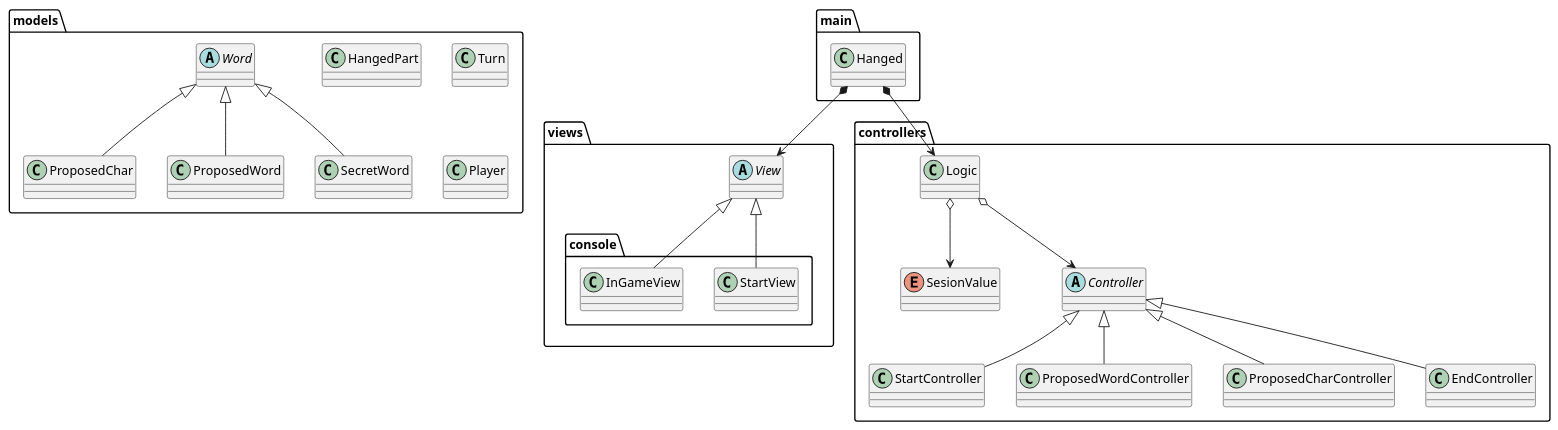
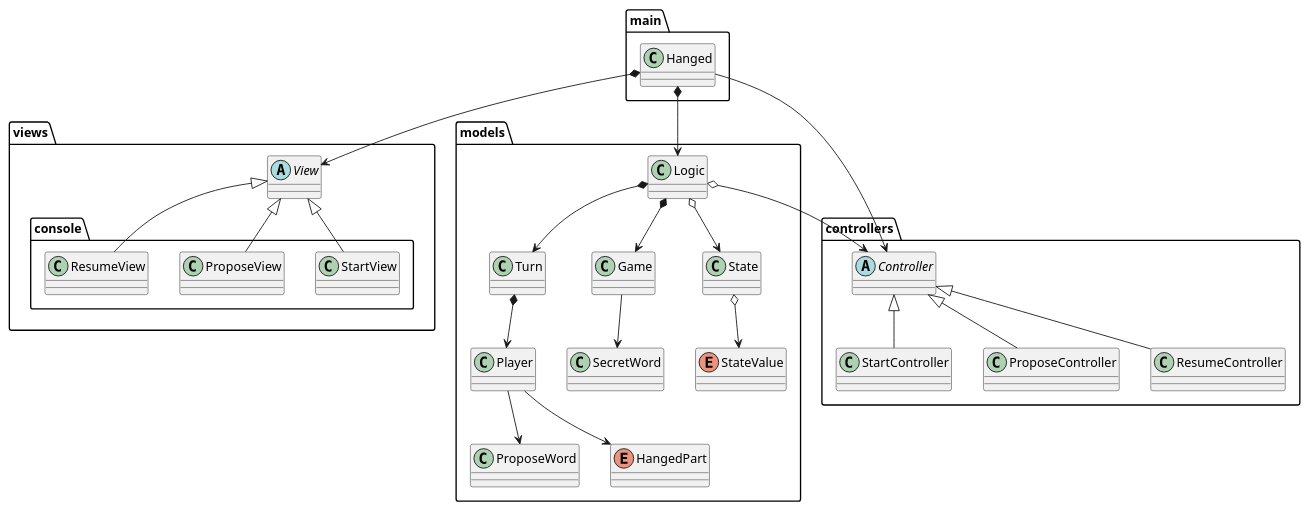
One commit to jumpering/Hanged changed the diagram in requirements/puml/MVC.puml. Above: the diagram before and after it, drawn with PlantUML. The commit also changed 2 other files, not shown here.

```diff
--- a/requirements/puml/MVC.puml
+++ b/requirements/puml/MVC.puml
@@ -1,54 +1,63 @@
 @startuml
 package "main" {
 class Hanged
 }
 
 package "views"{
 abstract class View
     package "console" {
         class StartView
-        class InGameView
+        class ProposeView
+        class ResumeView
     }
 }
 
 package "controllers"{
-class Logic
-enum SesionValue
 abstract class Controller
 class StartController
-class ProposedWordController
-class ProposedCharController
-class EndController
-
+class ProposeController
+class ResumeController
 
 }
 
 
 package "models" {
-abstract class Word
-class ProposedChar
-class ProposedWord
+class Logic
+class ProposeWord
 class SecretWord
-class HangedPart
+enum HangedPart
 class Turn
 class Player
+class Game
+class State
+enum StateValue
 }
+
+Logic *--> Game
+
 Hanged *--> View
 Hanged *--> Logic
+Hanged --> Controller
+
 Logic o--> Controller
 View <|-- StartView
-View <|-- InGameView
+View <|-- ProposeView
+View <|-- ResumeView
 
 Controller <|-- StartController
-Controller <|-- ProposedWordController
-Controller <|-- ProposedCharController
-Controller <|-- EndController
+Controller <|-- ProposeController
+Controller <|-- ResumeController
 
-Logic o--> SesionValue
-Word <|-- ProposedChar
-Word <|-- ProposedWord
-Word <|-- SecretWord
+Logic *--> Turn
+Logic o--> State
+State o--> StateValue
+
+Turn *--> Player
+Player --> ProposeWord
+Player --> HangedPart
+
+Game --> SecretWord
 
 
 
 @enduml
```
